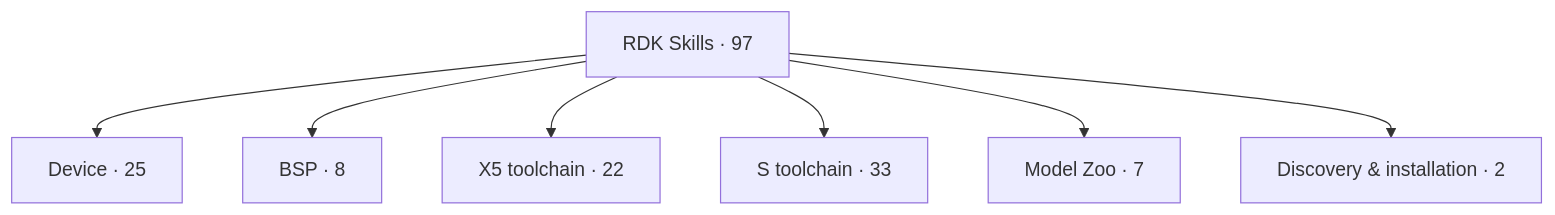
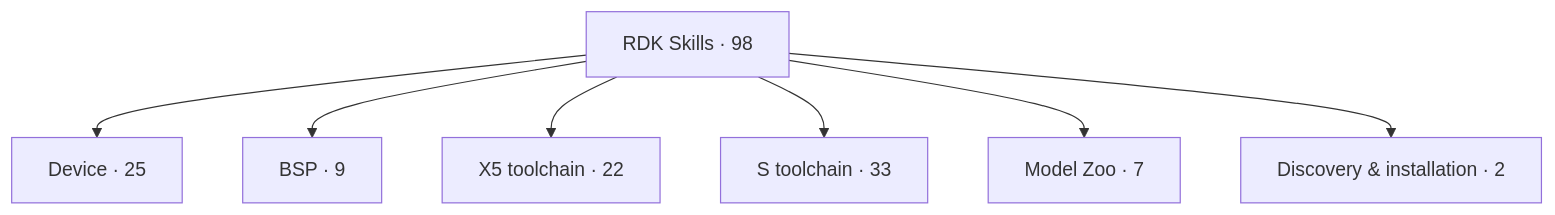
Before and after one commit to D-Robotics/rdk-skills: the first of 2 diagrams in README.md, drawn with Mermaid. The commit also changed other lines of this file and 25 other files, not shown here.

````diff
--- a/README.md
+++ b/README.md
@@ -22,16 +22,16 @@
 ```mermaid
 flowchart TB
-    hub["RDK Skills · 97"]
+    hub["RDK Skills · 98"]
     hub --> device["Device · 25"]
     click device "docs/SKILL-MAP.md#device" "Open skill map"
-    hub --> bsp["BSP · 8"]
+    hub --> bsp["BSP · 9"]
     click bsp "docs/SKILL-MAP.md#bsp" "Open skill map"
     hub --> x5["X5 toolchain · 22"]
     click x5 "docs/SKILL-MAP.md#x5" "Open skill map"
     hub --> s["S toolchain · 33"]
     click s "docs/SKILL-MAP.md#s" "Open skill map"
     hub --> zoo["Model Zoo · 7"]
     click zoo "docs/SKILL-MAP.md#zoo" "Open skill map"
     hub --> discovery["Discovery & installation · 2"]
     click discovery "docs/SKILL-MAP.md#hub" "Open skill map"
 ```
````
